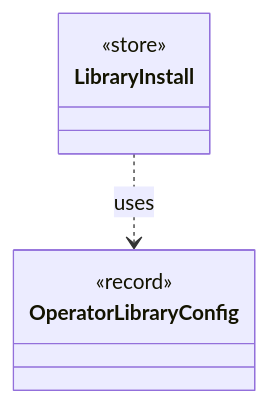
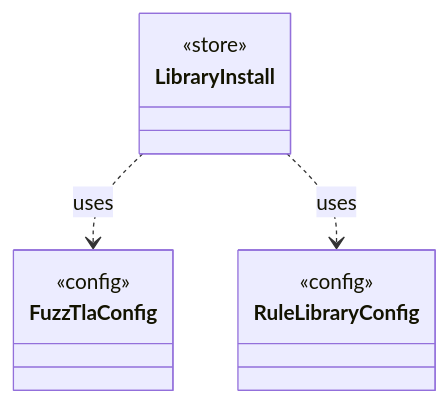
One commit to tlaplus/model-checker-hardening changed the diagram in dev/types/io.github.tlaplus.hardening.workflow.library.LibraryInstall.md. Above: the diagram before and after it, drawn with Mermaid. The commit also changed other lines of this file and 413 other files, not shown here.

````diff
--- a/dev/types/io.github.tlaplus.hardening.workflow.library.LibraryInstall.md
+++ b/dev/types/io.github.tlaplus.hardening.workflow.library.LibraryInstall.md
@@ -7,10 +9,14 @@
 ```mermaid
 classDiagram
   class LibraryInstall {
     <<store>>
   }
-  class OperatorLibraryConfig {
-    <<record>>
+  class FuzzTlaConfig {
+    <<config>>
   }
-  LibraryInstall ..> OperatorLibraryConfig : uses
+  class RuleLibraryConfig {
+    <<config>>
+  }
+  LibraryInstall ..> FuzzTlaConfig : uses
+  LibraryInstall ..> RuleLibraryConfig : uses
 ```
````
